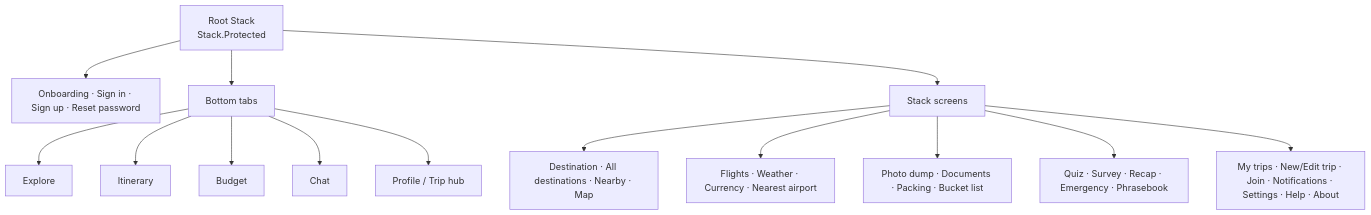
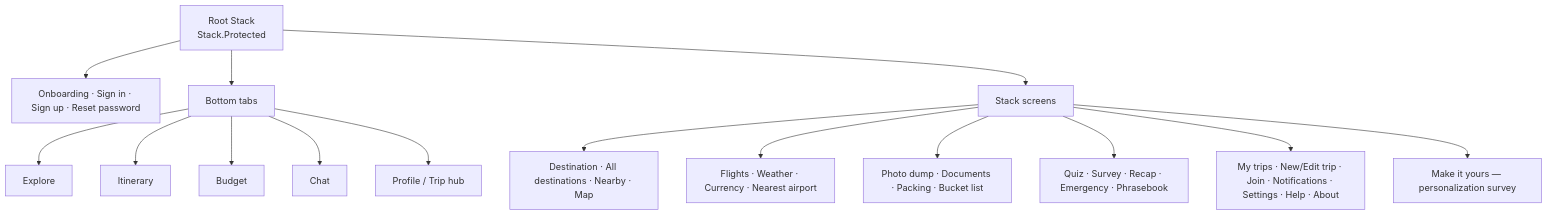
One commit to Zikobob/Stock-research changed the second of 4 diagrams in together-we-go/docs/PLANNING.md. Above: the diagram before and after it, drawn with Mermaid. The commit also changed other lines of this file and 28 other files, not shown here.

First line of the commit message:
Add Make it yours personalization, colour themes and animations

````diff
--- a/together-we-go/docs/PLANNING.md
+++ b/together-we-go/docs/PLANNING.md
@@ -33,16 +33,17 @@
 ```mermaid
 flowchart TB
   Root[Root Stack<br/>Stack.Protected] --> Auth[Onboarding · Sign in · Sign up · Reset password]
   Root --> Tabs[Bottom tabs]
   Tabs --> T1[Explore]
   Tabs --> T2[Itinerary]
   Tabs --> T3[Budget]
   Tabs --> T4[Chat]
   Tabs --> T5[Profile / Trip hub]
   Root --> More[Stack screens]
   More --> M1[Destination · All destinations · Nearby · Map]
   More --> M2[Flights · Weather · Currency · Nearest airport]
   More --> M3[Photo dump · Documents · Packing · Bucket list]
   More --> M4[Quiz · Survey · Recap · Emergency · Phrasebook]
   More --> M5[My trips · New/Edit trip · Join · Notifications · Settings · Help · About]
+  More --> M6[Make it yours — personalization survey]
 ```
````
